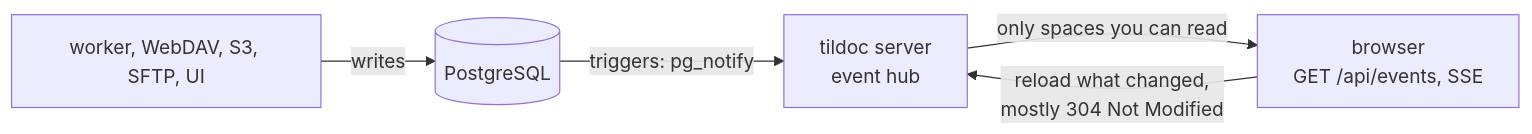
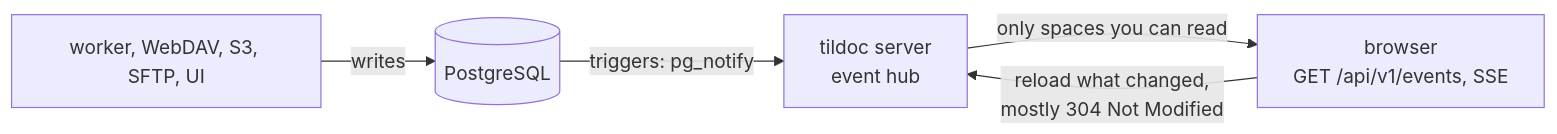
Before and after one commit to tildoc/tildoc: the first of 2 diagrams in README.md, drawn with Mermaid. The commit also changed other lines of this file and 68 other files, not shown here.

````diff
--- a/README.md
+++ b/README.md
@@ -44,7 +44,7 @@
 ```mermaid
 flowchart LR
   A[worker, WebDAV, S3, SFTP, UI] -->|writes| PG[(PostgreSQL)]
   PG -->|triggers: pg_notify| H[tildoc server<br/>event hub]
-  H -->|only spaces you can read| B[browser<br/>GET /api/events, SSE]
+  H -->|only spaces you can read| B[browser<br/>GET /api/v1/events, SSE]
   B -->|reload what changed,<br/>mostly 304 Not Modified| H
 ```
````
